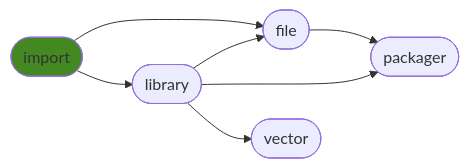
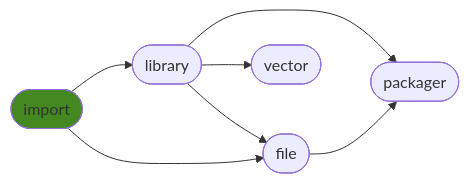
The diagram in README.md (ManderaGeneral/generalimport), drawn with Mermaid before and after one commit. The commit also changed other lines of this file and 1 other file, not shown here.

````diff
--- a/README.md
+++ b/README.md
@@ -28,15 +28,15 @@
 ```mermaid
 flowchart LR
-0([import]) --> 2([file])
 1([library]) --> 2([file])
+1([library]) --> 3([vector])
 1([library]) --> 4([packager])
 0([import]) --> 1([library])
 2([file]) --> 4([packager])
-1([library]) --> 3([vector])
+0([import]) --> 2([file])
 click 0 "https://github.com/ManderaGeneral/generalimport"
 click 1 "https://github.com/ManderaGeneral/generallibrary"
 click 2 "https://github.com/ManderaGeneral/generalfile"
 click 3 "https://github.com/ManderaGeneral/generalvector"
 click 4 "https://github.com/ManderaGeneral/generalpackager"
 style 0 fill:#482
 ```
````
